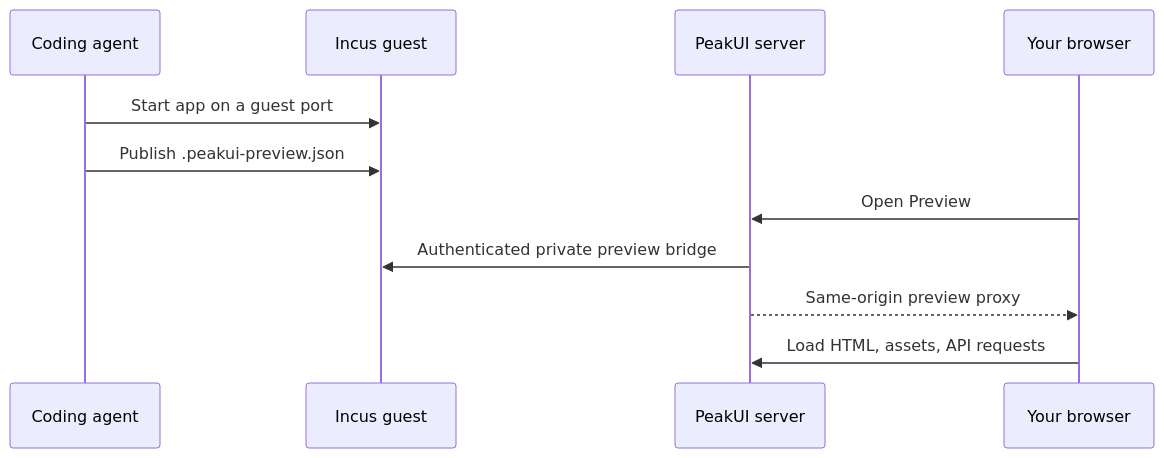
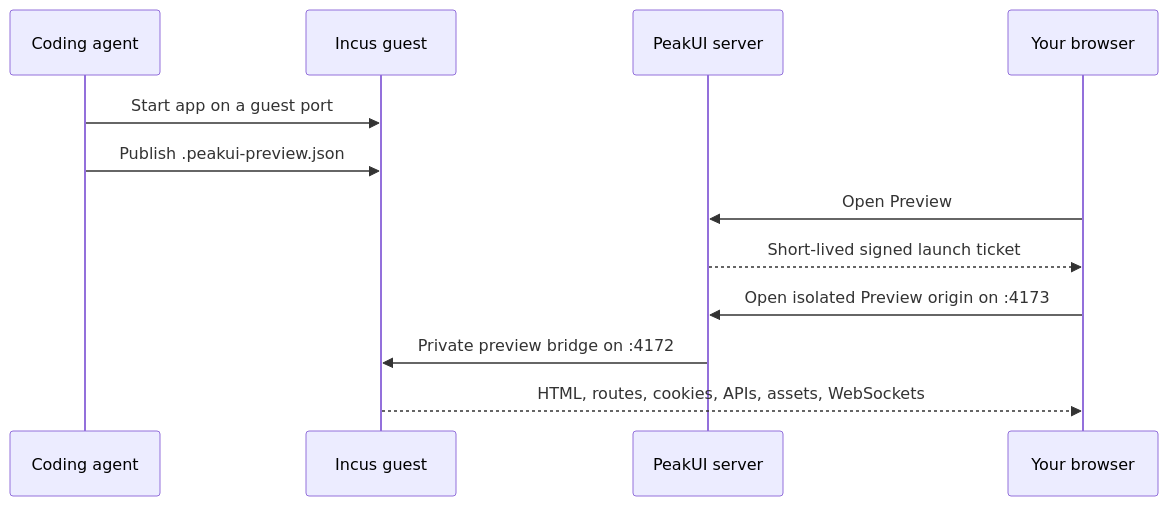
The fourth of 7 diagrams in README.md (rajatalha150/PeakUI), drawn with Mermaid before and after one commit. The commit also changed other lines of this file and 27 other files, not shown here.

Commit message:
Build isolated full-fidelity Coder preview browser

````diff
--- a/README.md
+++ b/README.md
@@ -111,13 +111,14 @@
 ```mermaid
 sequenceDiagram
   participant A as Coding agent
   participant G as Incus guest
   participant S as PeakUI server
   participant B as Your browser
   A->>G: Start app on a guest port
   A->>G: Publish .peakui-preview.json
   B->>S: Open Preview
-  S->>G: Authenticated private preview bridge
-  S-->>B: Same-origin preview proxy
-  B->>S: Load HTML, assets, API requests
+  S-->>B: Short-lived signed launch ticket
+  B->>S: Open isolated Preview origin on :4173
+  S->>G: Private preview bridge on :4172
+  G-->>B: HTML, routes, cookies, APIs, assets, WebSockets
 ```
````
